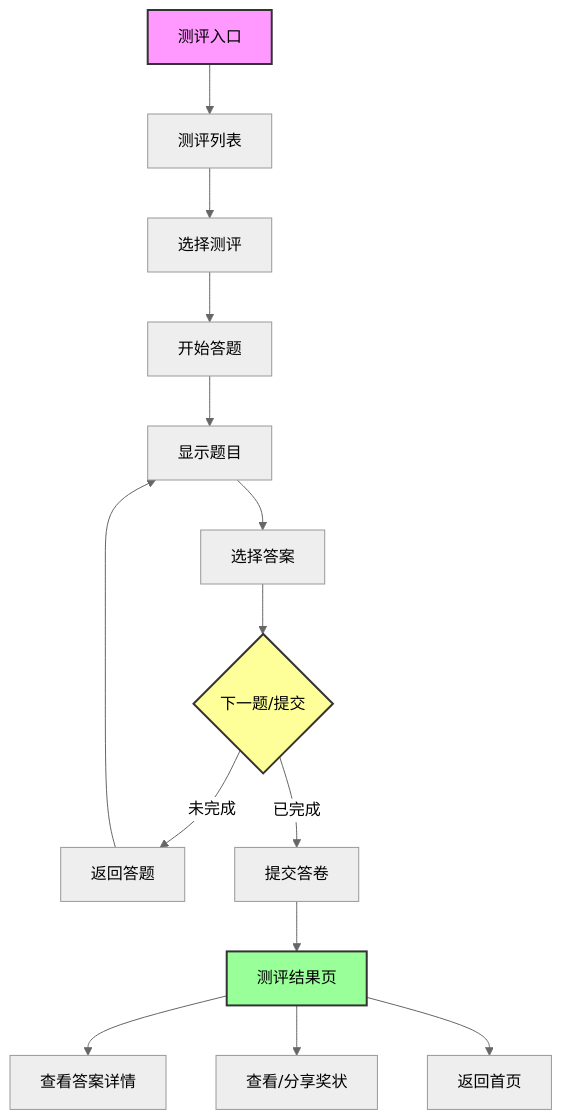
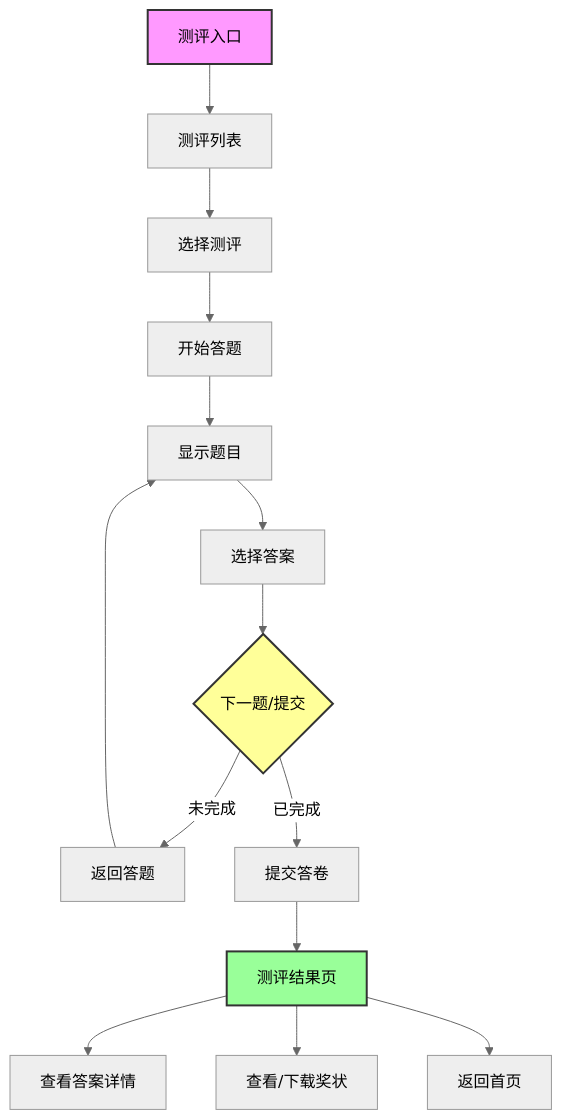
The seventh of 18 diagrams in 2-AI伴读V1.0/PRD文档/校校读吧学生端PRD_V1.0.md (22816523/math-kids), drawn with Mermaid (neutral theme) before and after one commit. The commit also changed other lines of this file and 23 other files, not shown here.

First line of the commit message:
优化学生端PRD线框图和界面原型

````diff
--- a/2-AI伴读V1.0/PRD文档/校校读吧学生端PRD_V1.0.md
+++ b/2-AI伴读V1.0/PRD文档/校校读吧学生端PRD_V1.0.md
@@ -549,23 +579,23 @@
 ```mermaid
 graph TD
     Start[测评入口] --> ExamList[测评列表]
     ExamList --> SelectExam[选择测评]
     SelectExam --> StartAnswer[开始答题]
     StartAnswer --> ShowQuestion[显示题目]
     ShowQuestion --> SelectAnswer[选择答案]
     SelectAnswer --> NextOrSubmit{下一题/提交}
 
     NextOrSubmit -->|未完成| BackToAnswer[返回答题]
     NextOrSubmit -->|已完成| SubmitExam[提交答卷]
 
     BackToAnswer --> ShowQuestion
     SubmitExam --> ResultPage[测评结果页]
 
     ResultPage --> ViewDetail[查看答案详情]
-    ResultPage --> ViewCert[查看/分享奖状]
+    ResultPage --> ViewCert[查看/下载奖状]
     ResultPage --> BackHome[返回首页]
 
     style Start fill:#f9f,stroke:#333,stroke-width:2px
     style NextOrSubmit fill:#ff9,stroke:#333,stroke-width:2px
     style ResultPage fill:#9f9,stroke:#333,stroke-width:2px
 ```
````
